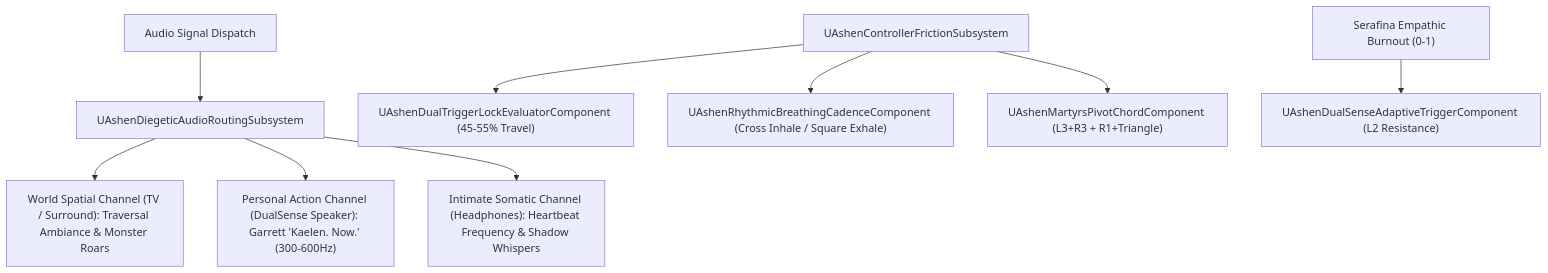
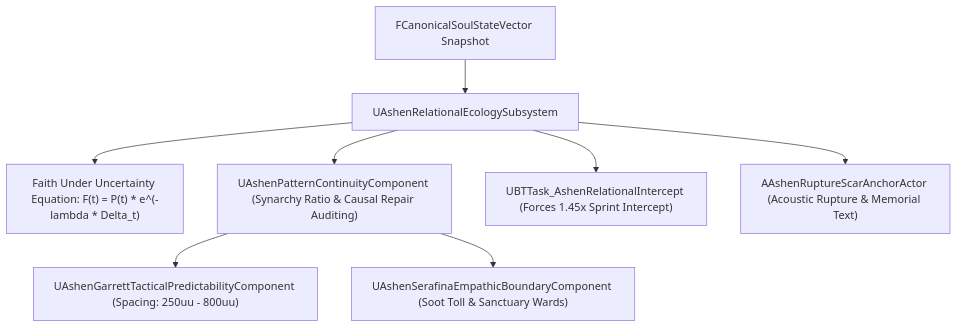
One commit to Icebane84/Ashen-Oath changed the fourth of 6 diagrams in Docs/MASTER_ARCHITECTURE_ATLAS.md. Above: the diagram before and after it, drawn with Mermaid. The commit also changed other lines of this file, not shown here.

Commit message:
docs(atlas): Update Master Architecture Atlas diagrams to Milestone 2,295 (Master Batches #111-#114)

````diff
--- a/Docs/MASTER_ARCHITECTURE_ATLAS.md
+++ b/Docs/MASTER_ARCHITECTURE_ATLAS.md
@@ -188,14 +179,13 @@
 ```mermaid
 graph TD
-    AUDIO_EVT["Audio Signal Dispatch"] --> ROUT_SUB["UAshenDiegeticAudioRoutingSubsystem"]
+    SSV_DATA["FCanonicalSoulStateVector Snapshot"] --> ECOL_SUB["UAshenRelationalEcologySubsystem"]
     
-    ROUT_SUB --> CH_TV["World Spatial Channel (TV / Surround): Traversal Ambiance & Monster Roars"]
-    ROUT_SUB --> CH_DS["Personal Action Channel (DualSense Speaker): Garrett 'Kaelen. Now.' (300-600Hz)"]
-    ROUT_SUB --> CH_HP["Intimate Somatic Channel (Headphones): Heartbeat Frequency & Shadow Whispers"]
+    ECOL_SUB --> FAITH["Faith Under Uncertainty Equation: F(t) = P(t) * e^(-lambda * Delta_t)"]
+    ECOL_SUB --> PATTERN["UAshenPatternContinuityComponent (Synarchy Ratio & Causal Repair Auditing)"]
     
-    FRICT_SUB["UAshenControllerFrictionSubsystem"] --> TRIG_EVAL["UAshenDualTriggerLockEvaluatorComponent (45-55% Travel)"]
-    FRICT_SUB --> BREATH_COMP["UAshenRhythmicBreathingCadenceComponent (Cross Inhale / Square Exhale)"]
-    FRICT_SUB --> CHORD_COMP["UAshenMartyrsPivotChordComponent (L3+R3 + R1+Triangle)"]
+    PATTERN --> GARR_TAC["UAshenGarrettTacticalPredictabilityComponent (Spacing: 250uu - 800uu)"]
+    PATTERN --> SERA_EMP["UAshenSerafinaEmpathicBoundaryComponent (Soot Toll & Sanctuary Wards)"]
     
-    BURNOUT_SCALAR["Serafina Empathic Burnout (0-1)"] --> DUAL_TRIG["UAshenDualSenseAdaptiveTriggerComponent (L2 Resistance)"]
+    ECOL_SUB --> BT_INTERCEPT["UBTTask_AshenRelationalIntercept (Forces 1.45x Sprint Intercept)"]
+    ECOL_SUB --> RUPTURE_ACTOR["AAshenRuptureScarAnchorActor (Acoustic Rupture & Memorial Text)"]
 ```
````
